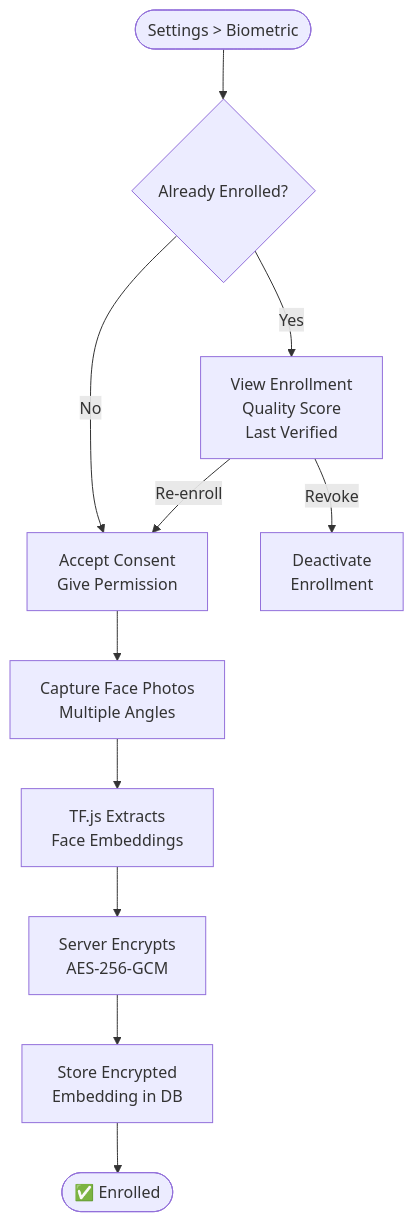
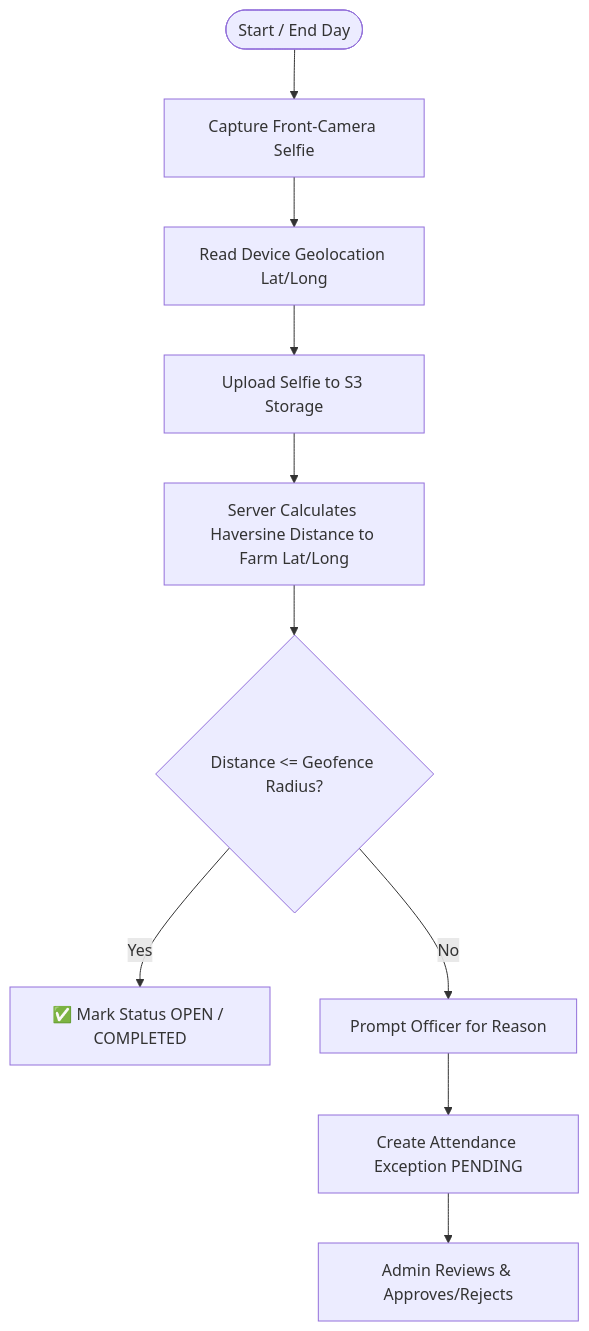
One commit to krishnakrsingh/agaate-app changed diagram 15 of 15 in docs/03_USER_FLOWS.md. Above: the diagram before and after it, drawn with Mermaid. The commit also changed other lines of this file and 93 other files, not shown here.

````diff
--- a/docs/03_USER_FLOWS.md
+++ b/docs/03_USER_FLOWS.md
@@ -371,15 +368,12 @@
 ```mermaid
 flowchart TD
-    SETTINGS([Settings > Biometric]) --> STATUS{Already Enrolled?}
-    
-    STATUS -->|No| CONSENT[Accept Consent\nGive Permission]
-    CONSENT --> CAPTURE[Capture Face Photos\nMultiple Angles]
-    CAPTURE --> PROCESS[TF.js Extracts\nFace Embeddings]
-    PROCESS --> ENCRYPT[Server Encrypts\nAES-256-GCM]
-    ENCRYPT --> STORE[Store Encrypted\nEmbedding in DB]
-    STORE --> DONE([✅ Enrolled])
-    
-    STATUS -->|Yes| MANAGE[View Enrollment\nQuality Score\nLast Verified]
-    MANAGE -->|Re-enroll| CONSENT
-    MANAGE -->|Revoke| REVOKE[Deactivate\nEnrollment]
+    ATTEND([Start / End Day]) --> CAPTURE[Capture Front-Camera Selfie]
+    CAPTURE --> GPS[Read Device Geolocation Lat/Long]
+    GPS --> S3[Upload Selfie to S3 Storage]
+    S3 --> CALC[Server Calculates Haversine Distance to Farm Lat/Long]
+    CALC --> CHECK{Distance <= Geofence Radius?}
+    CHECK -->|Yes| MARK_OPEN[✅ Mark Status OPEN / COMPLETED]
+    CHECK -->|No| REQ_REASON[Prompt Officer for Reason]
+    REQ_REASON --> SUBMIT_EXC[Create Attendance Exception PENDING]
+    SUBMIT_EXC --> ADMIN_REV[Admin Reviews & Approves/Rejects]
 ```
````
